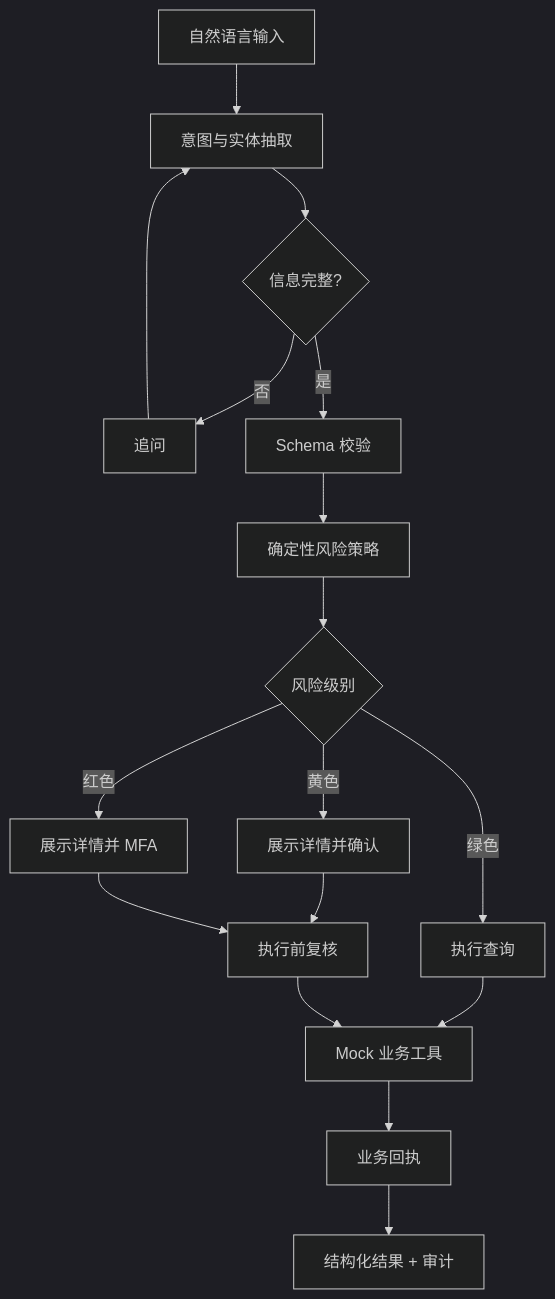
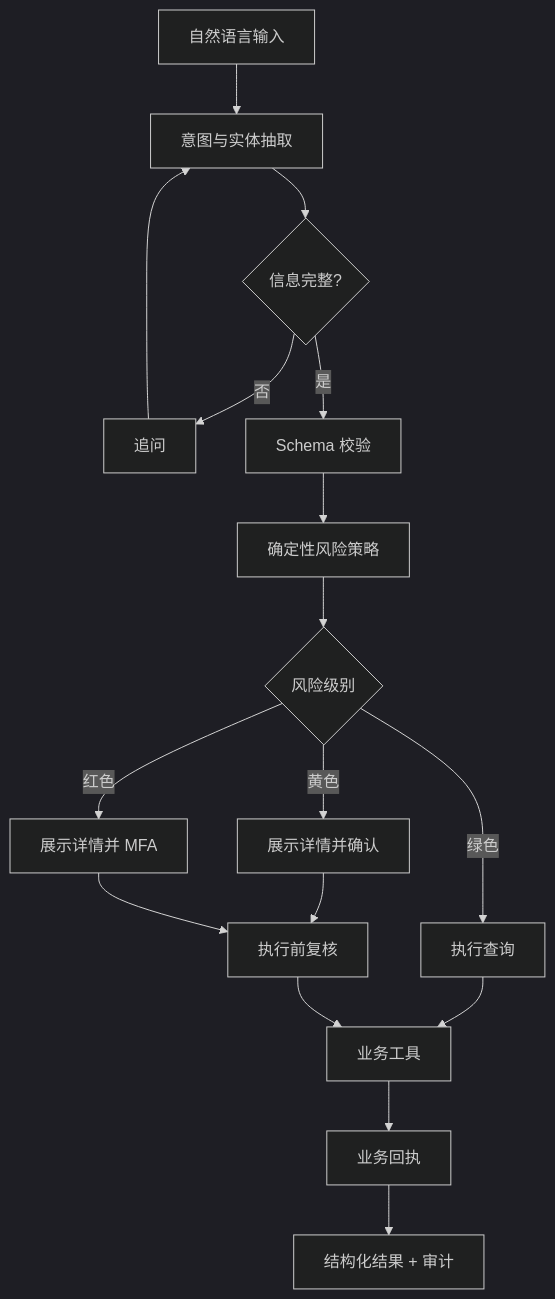
One commit to cffa-as/bankagent changed the first of 3 diagrams in docs/技术方案.md. Above: the diagram before and after it, drawn with Mermaid (dark theme). The commit also changed other lines of this file and 19 other files, not shown here.

````diff
--- a/docs/技术方案.md
+++ b/docs/技术方案.md
@@ -40,19 +40,19 @@
 ```mermaid
 flowchart TD
     A[自然语言输入] --> B[意图与实体抽取]
     B --> C{信息完整?}
     C -->|否| D[追问]
     D --> B
     C -->|是| E[Schema 校验]
     E --> F[确定性风险策略]
     F --> G{风险级别}
     G -->|绿色| H[执行查询]
     G -->|黄色| I[展示详情并确认]
     G -->|红色| J[展示详情并 MFA]
     I --> K[执行前复核]
     J --> K
-    H --> L[Mock 业务工具]
+    H --> L[业务工具]
     K --> L
     L --> M[业务回执]
     M --> N[结构化结果 + 审计]
 ```
````
